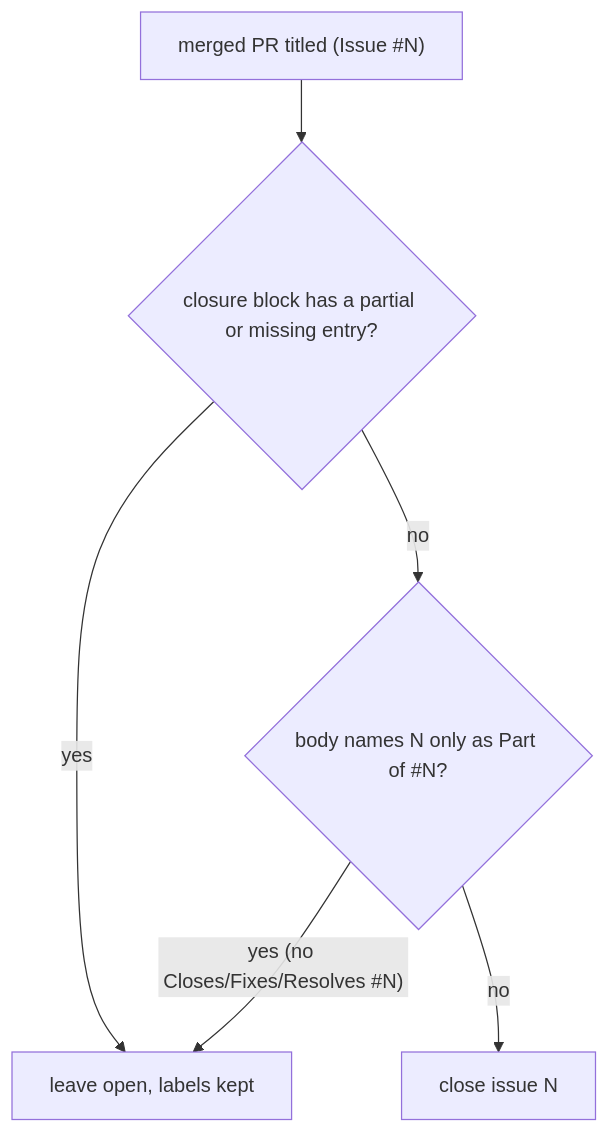
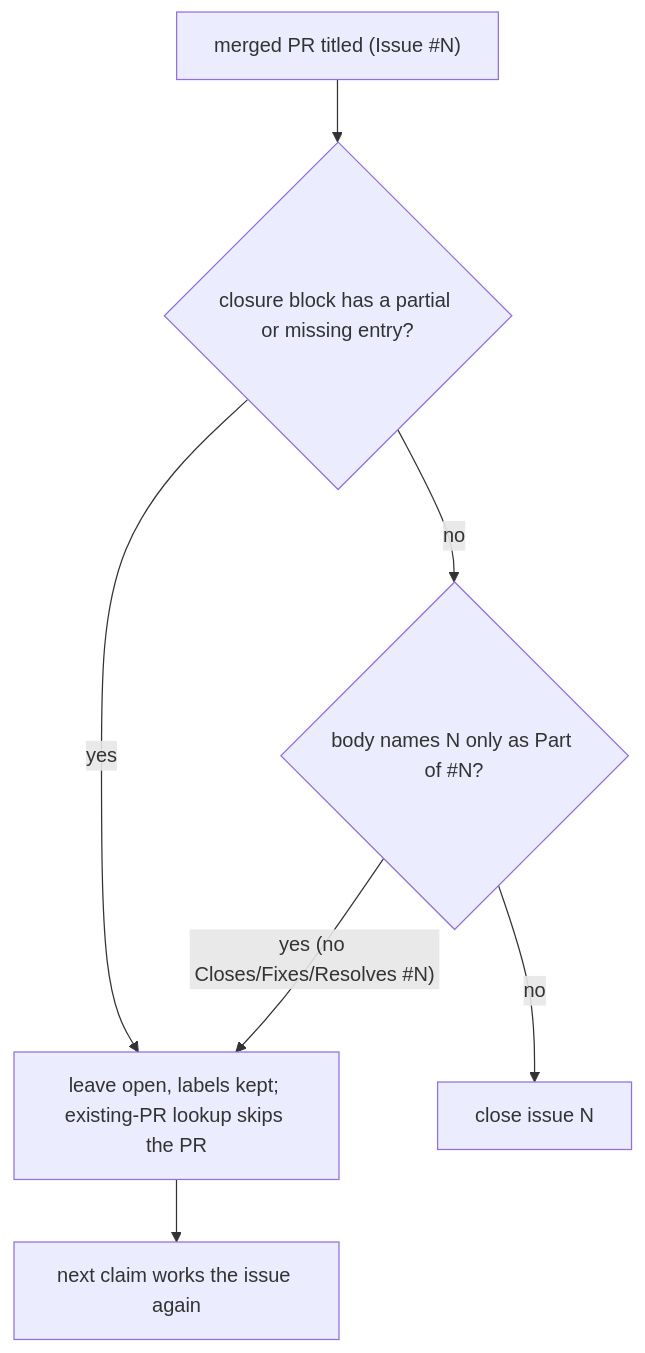
The diagram in docs/archive/pr-summaries/pr-summary-5135.md (stSoftwareAU/VibeCoder), drawn with Mermaid before and after one commit. The commit also changed other lines of this file, not shown here.

First line of the commit message:
Add PR summary (Issue #5135)

````diff
--- a/docs/archive/pr-summaries/pr-summary-5135.md
+++ b/docs/archive/pr-summaries/pr-summary-5135.md
@@ -55,8 +64,9 @@
 ```mermaid
 flowchart TD
     M["merged PR titled (Issue #N)"] --> U{"closure block has a partial or missing entry?"}
-    U -->|yes| H["leave open, labels kept"]
+    U -->|yes| H["leave open, labels kept; existing-PR lookup skips the PR"]
     U -->|no| P{"body names N only as Part of #N?"}
     P -->|"yes (no Closes/Fixes/Resolves #N)"| H
     P -->|no| C["close issue N"]
+    H --> R["next claim works the issue again"]
 ```
````
